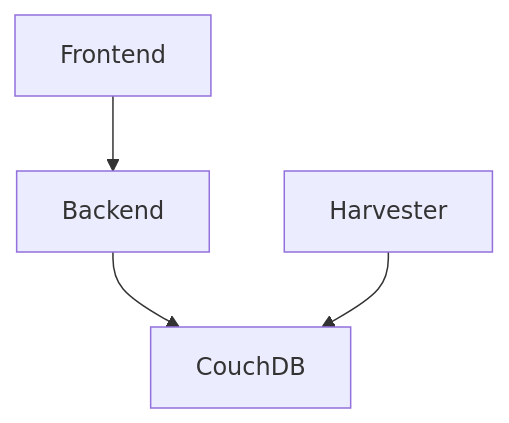
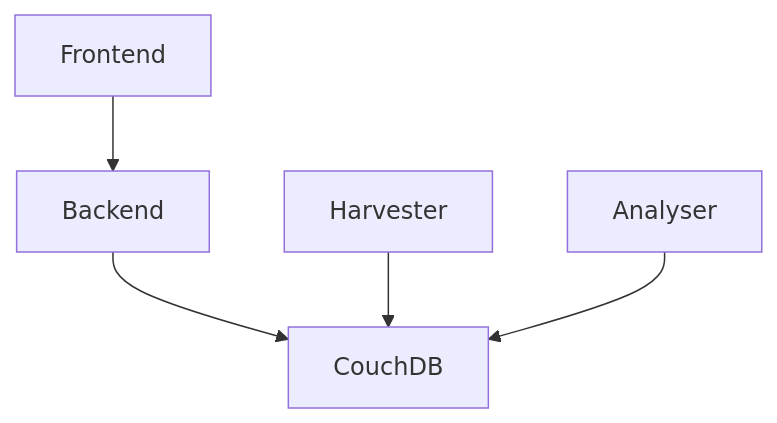
Before and after one commit to VicXue/COMP90024_Assignment2: the diagram in README.md, drawn with Mermaid. The commit also changed other lines of this file, not shown here.

````diff
--- a/README.md
+++ b/README.md
@@ -46,6 +46,7 @@
 ```mermaid
 graph TD;
 Frontend --> Backend;
 Backend--> CouchDB;
 Harvester --> CouchDB;
+Analyser --> CouchDB;
 ```
````
